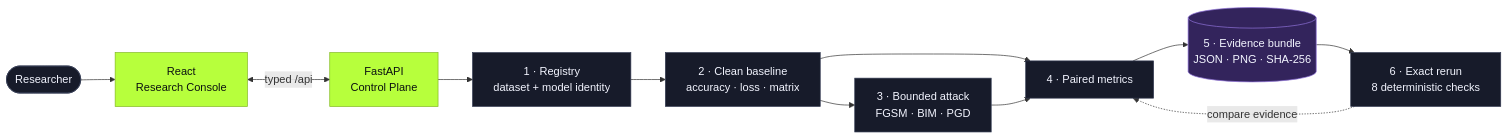
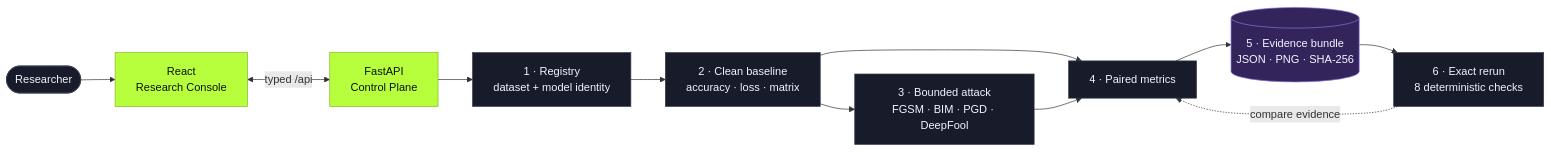
The first of 3 diagrams in README.md (MintKangaroo/AIShield), drawn with Mermaid before and after one commit. The commit also changed other lines of this file and 12 other files, not shown here.

Commit message:
feat: add bounded DeepFool evaluation

````diff
--- a/README.md
+++ b/README.md
@@ -41,21 +41,21 @@
 ```mermaid
 flowchart LR
     USER(["Researcher"]) --> UI["React<br/>Research Console"]
     UI <-->|"typed /api"| API["FastAPI<br/>Control Plane"]
 
     API --> REG["1 · Registry<br/>dataset + model identity"]
     REG --> BASE["2 · Clean baseline<br/>accuracy · loss · matrix"]
-    BASE --> ATTACK["3 · Bounded attack<br/>FGSM · BIM · PGD"]
+    BASE --> ATTACK["3 · Bounded attack<br/>FGSM · BIM · PGD · DeepFool"]
     BASE --> COMPARE["4 · Paired metrics"]
     ATTACK --> COMPARE
     COMPARE --> EVIDENCE[("5 · Evidence bundle<br/>JSON · PNG · SHA-256")]
     EVIDENCE --> VERIFY["6 · Exact rerun<br/>8 deterministic checks"]
     VERIFY -.->|"compare evidence"| COMPARE
 
     classDef primary fill:#b7ff3c,stroke:#82b91f,color:#0b1110;
     classDef surface fill:#171b2a,stroke:#343b52,color:#f3f5ff;
     classDef evidence fill:#33245c,stroke:#8f72da,color:#f3f5ff;
     class USER,REG,BASE,ATTACK,COMPARE,VERIFY surface;
     class UI,API primary;
     class EVIDENCE evidence;
 ```
````
